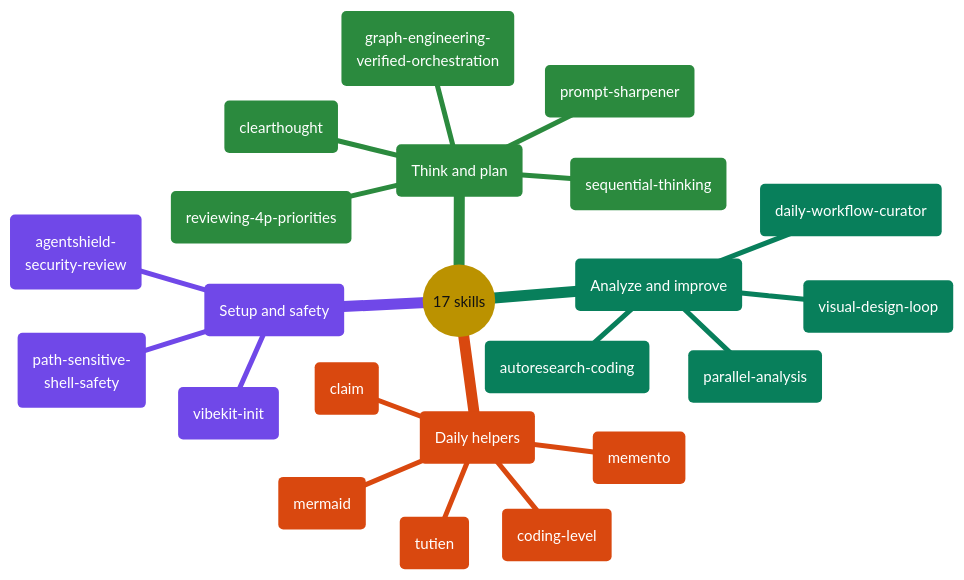
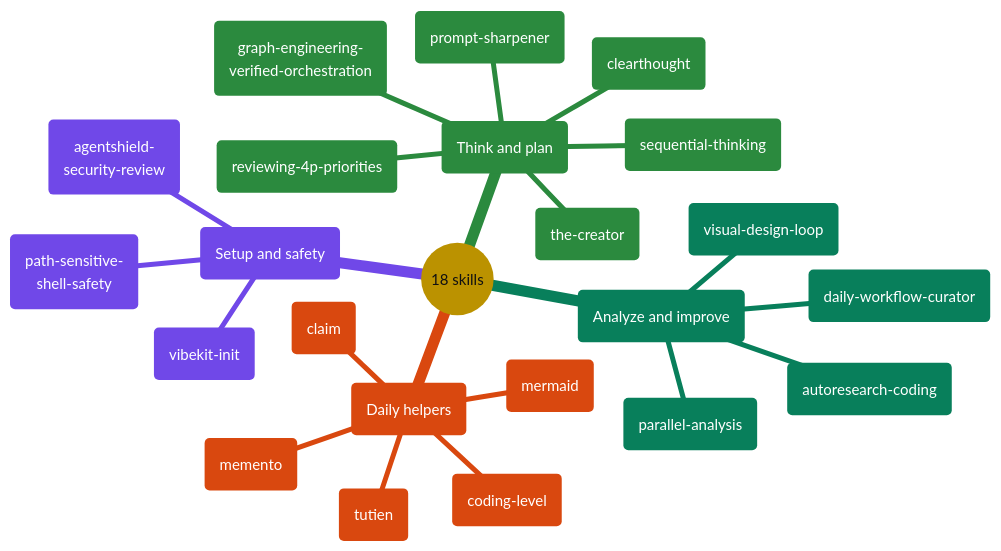
One commit to giang6283623/minimal-vibe-coding-kit changed the fifth of 8 diagrams in README.md. Above: the diagram before and after it, drawn with Mermaid. The commit also changed other lines of this file and 46 other files, not shown here.

Commit message:
feat(release): 0.5.4 creator and ASCII 3D graph

````diff
--- a/README.md
+++ b/README.md
@@ -346,58 +346,59 @@
 ```mermaid
 ---
 config:
   theme: base
   themeCSS: >-
     .mindmap-node:not(.section-root):not(.section--1) text,
     .mindmap-node:not(.section-root):not(.section--1) tspan
     { fill: #FFFFFF !important; }
     .mindmap-node:not(.section-root):not(.section--1) div,
     .mindmap-node:not(.section-root):not(.section--1) span,
     .mindmap-node:not(.section-root):not(.section--1) p
     { color: #FFFFFF !important; }
   themeVariables:
     darkMode: false
     fontFamily: cascadia mono, consolas, noto sans mono, menlo, monospace
     fontSize: 15px
     lineColor: "#888888"
     textColor: "#111111"
     primaryColor: "#FFD43B"
     primaryTextColor: "#111111"
     primaryBorderColor: "#444444"
     cScale0: "#1971C2"
     cScale1: "#7048E8"
     cScale2: "#2B8A3E"
     cScale3: "#087F5B"
     cScale4: "#D9480F"
     cScale5: "#C2255C"
     cScaleLabel0: "#FFFFFF"
     cScaleLabel1: "#FFFFFF"
     cScaleLabel2: "#FFFFFF"
     cScaleLabel3: "#FFFFFF"
     cScaleLabel4: "#FFFFFF"
     cScaleLabel5: "#FFFFFF"
 ---
 mindmap
-  root(("17 skills"))
+  root(("18 skills"))
     setup("Setup and safety")
       s1("vibekit-init")
       s2("agentshield-<br/>security-review")
       s3("path-sensitive-<br/>shell-safety")
     think("Think and plan")
       t1("clearthought")
       t2("sequential-thinking")
       t3("prompt-sharpener")
       t4("reviewing-4p-priorities")
       t5("graph-engineering-<br/>verified-orchestration")
+      t6("the-creator")
     analyze("Analyze and improve")
       a1("parallel-analysis")
       a2("autoresearch-coding")
       a3("daily-workflow-curator")
       a4("visual-design-loop")
     helpers("Daily helpers")
       h1("memento")
       h2("coding-level")
       h3("mermaid")
       h4("claim")
       h5("tutien")
 ```
````
